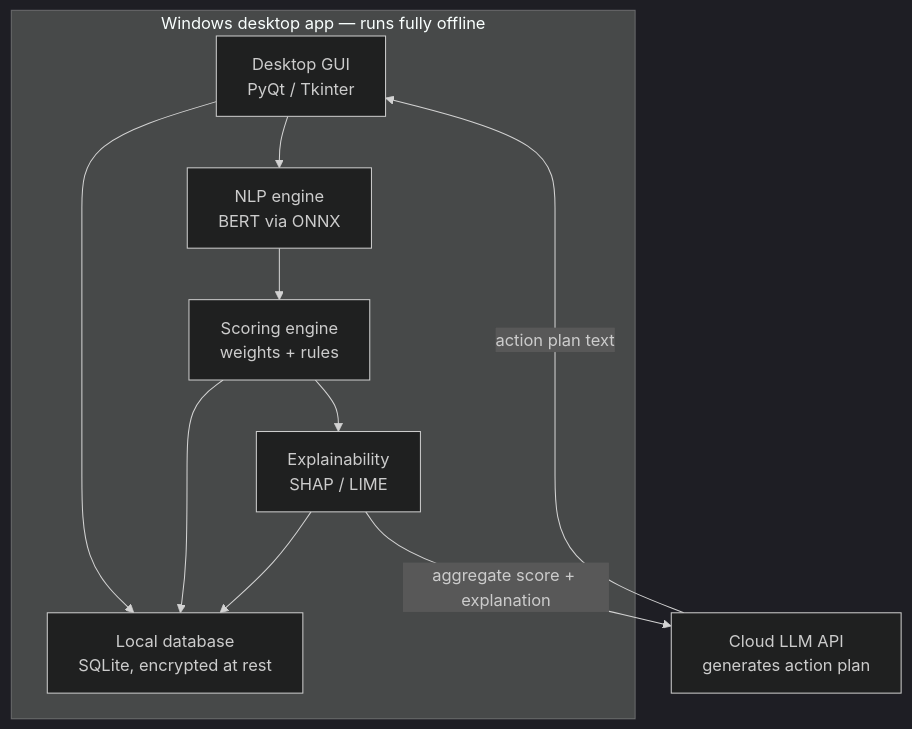
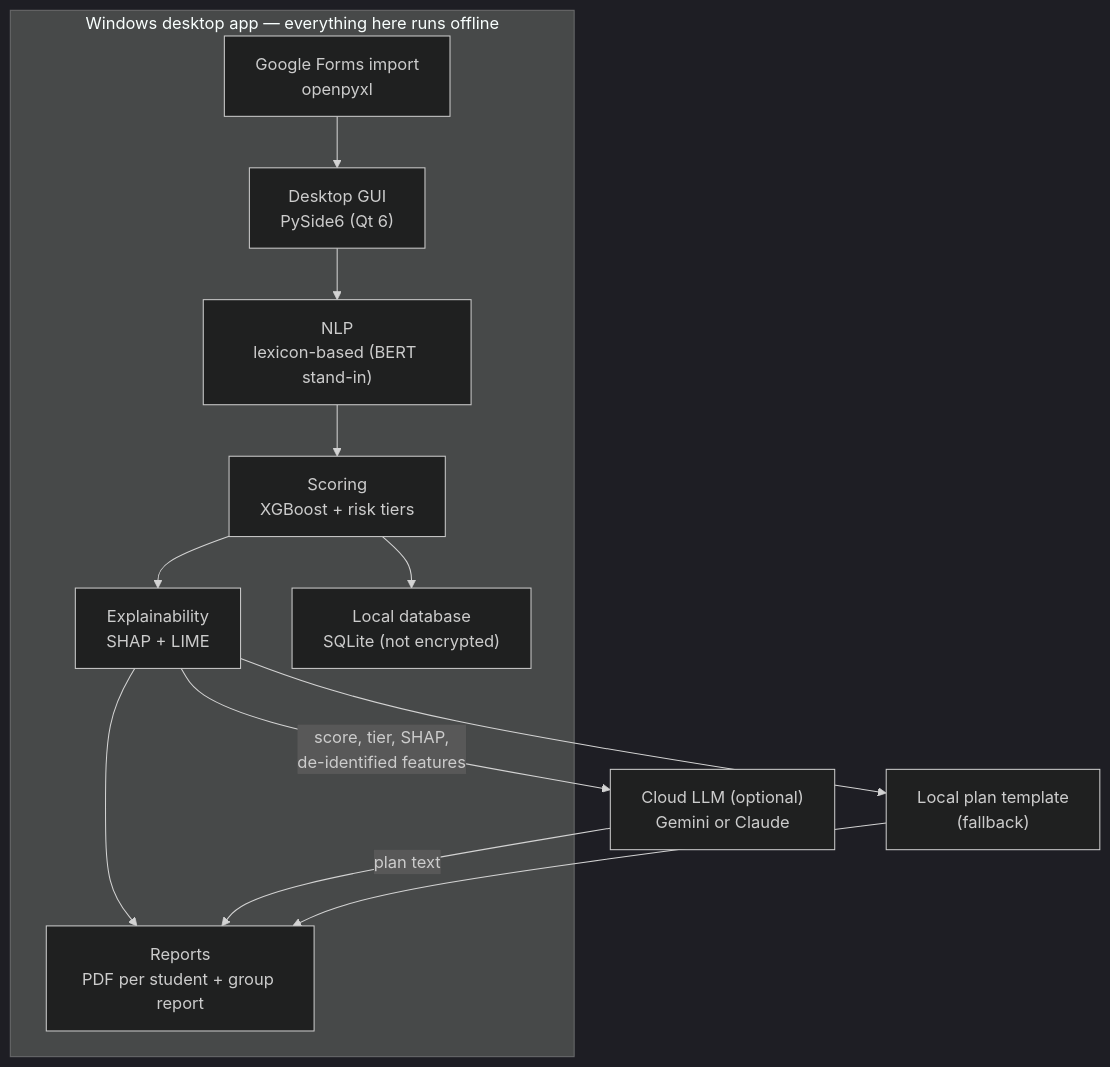
One commit to Termi25/Risk-Assess-Solve changed the diagram in README.md. Above: the diagram before and after it, drawn with Mermaid (dark theme). The commit also changed other lines of this file, not shown here.

First line of the commit message:
Rewrite README to describe the app as built

````diff
--- a/README.md
+++ b/README.md
@@ -21,22 +21,23 @@
 ```mermaid
 flowchart TD
-    subgraph LOCAL["Windows desktop app — runs fully offline"]
-        GUI["Desktop GUI<br/>PyQt / Tkinter"]
-        NLP["NLP engine<br/>BERT via ONNX"]
-        SCORE["Scoring engine<br/>weights + rules"]
-        XAI["Explainability<br/>SHAP / LIME"]
-        DB["Local database<br/>SQLite, encrypted at rest"]
+    subgraph LOCAL["Windows desktop app — everything here runs offline"]
+        GUI["Desktop GUI<br/>PySide6 (Qt 6)"]
+        XLSX["Google Forms import<br/>openpyxl"]
+        NLP["NLP<br/>lexicon-based (BERT stand-in)"]
+        SCORE["Scoring<br/>XGBoost + risk tiers"]
+        XAI["Explainability<br/>SHAP + LIME"]
+        REP["Reports<br/>PDF per student + group report"]
+        DB["Local database<br/>SQLite (not encrypted)"]
 
-        GUI --> NLP
-        NLP --> SCORE
-        SCORE --> XAI
-        GUI --> DB
+        XLSX --> GUI
+        GUI --> NLP --> SCORE --> XAI --> REP
         SCORE --> DB
-        XAI --> DB
     end
 
-    API["Cloud LLM API<br/>generates action plan"]
+    API["Cloud LLM (optional)<br/>Gemini or Claude"]
+    TPL["Local plan template<br/>(fallback)"]
 
-    XAI -->|"aggregate score + explanation"| API
-    API -->|"action plan text"| GUI
+    XAI -->|"score, tier, SHAP,<br/>de-identified features"| API
+    API -->|"plan text"| REP
+    XAI --> TPL --> REP
 ```
````
